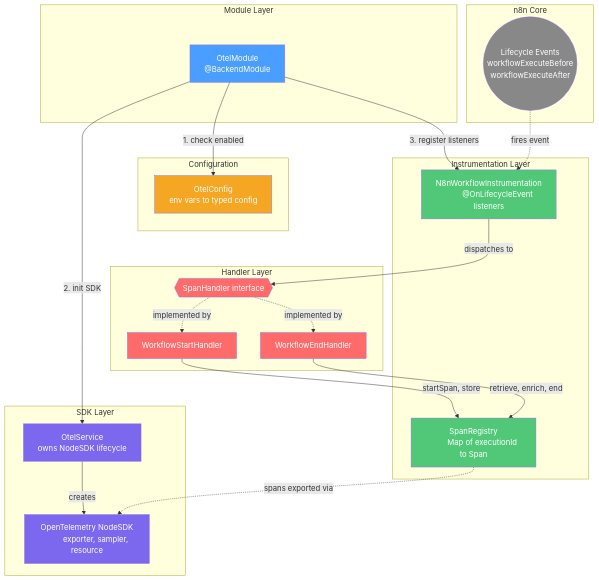
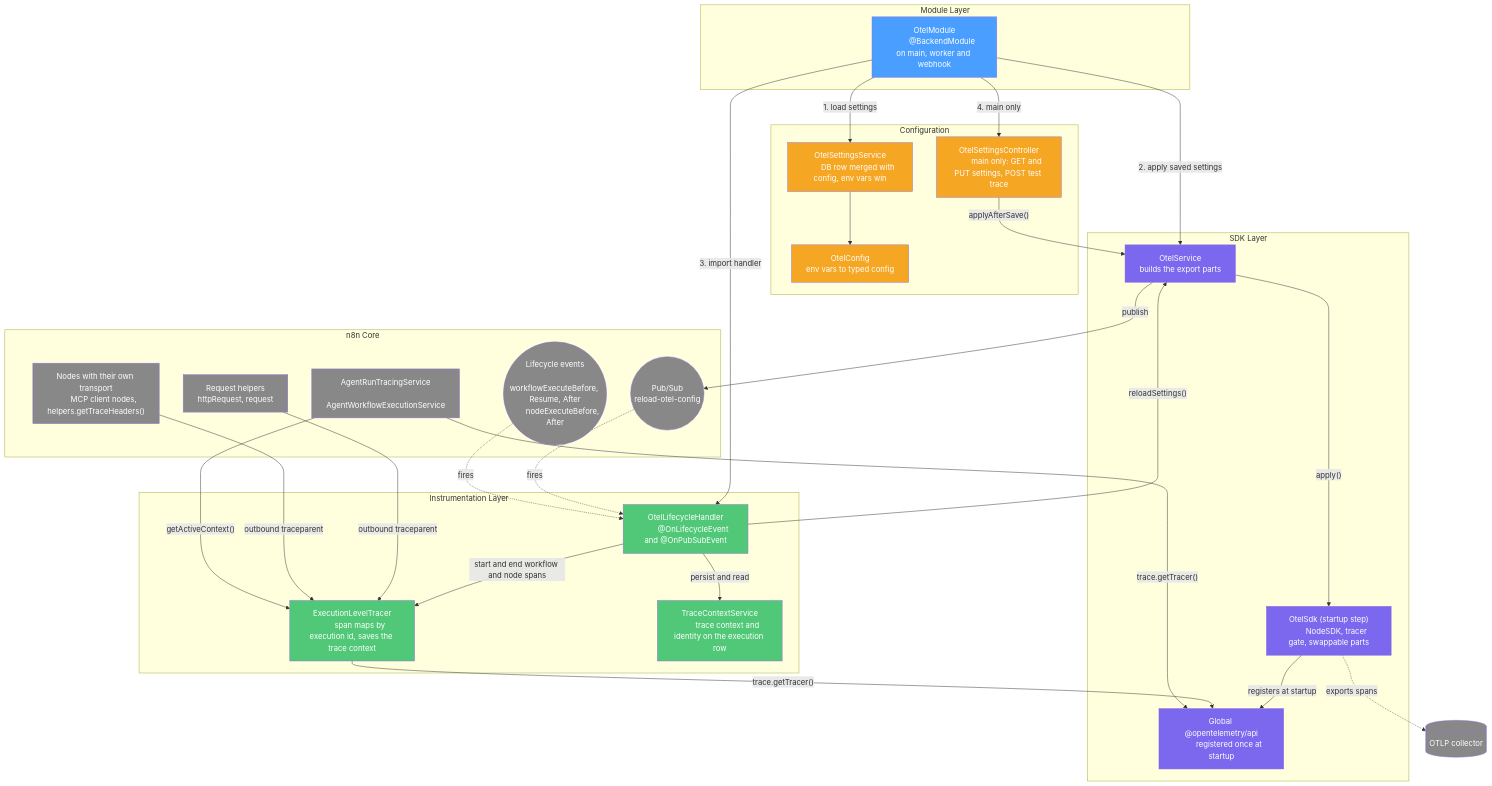
Before and after one commit to koreatest12/studys: the diagram in n8n_integration/n8n_source/packages/cli/src/modules/otel/README.md, drawn with Mermaid. The commit also changed other lines of this file and 23019 other files, not shown here.

````diff
--- a/n8n_integration/n8n_source/packages/cli/src/modules/otel/README.md
+++ b/n8n_integration/n8n_source/packages/cli/src/modules/otel/README.md
@@ -16,66 +240,84 @@
 ```mermaid
- graph TD
-      subgraph Module Layer
-          MOD["OtelModule
-          @BackendModule"]
-      end
+graph TD
+    subgraph Module Layer
+        MOD["OtelModule
+        @BackendModule on main, worker and webhook"]
+    end
 
-      subgraph Configuration
-          CFG["OtelConfig
-          env vars to typed config"]
-      end
+    subgraph Configuration
+        CFG["OtelConfig
+        env vars to typed config"]
+        SET["OtelSettingsService
+        DB row merged with config, env vars win"]
+        CTRL["OtelSettingsController
+        main only: GET and PUT settings, POST test trace"]
+    end
 
-      subgraph SDK Layer
-          SVC["OtelService
-          owns NodeSDK lifecycle"]
-          SDK["OpenTelemetry NodeSDK
-          exporter, sampler, resource"]
-      end
+    subgraph SDK Layer
+        SVC["OtelService
+        builds the export parts"]
+        SDK["OtelSdk (startup step)
+        NodeSDK, tracer gate, swappable parts"]
+        API["Global @opentelemetry/api
+        registered once at startup"]
+    end
 
-      subgraph Instrumentation Layer
-          INST["N8nWorkflowInstrumentation
-          @OnLifecycleEvent listeners"]
-          REG["SpanRegistry
-          Map of executionId to Span"]
-      end
+    subgraph Instrumentation Layer
+        LCH["OtelLifecycleHandler
+        @OnLifecycleEvent and @OnPubSubEvent"]
+        ELT["ExecutionLevelTracer
+        span maps by execution id, saves the trace context"]
+        TCS["TraceContextService
+        trace context and identity on the execution row"]
+    end
 
-      subgraph Handler Layer
-          IFC{{"SpanHandler interface"}}
-          WS["WorkflowStartHandler"]
-          WE["WorkflowEndHandler"]
-      end
+    subgraph n8n Core
+        LC(("Lifecycle events
+        workflowExecuteBefore, Resume, After
+        nodeExecuteBefore, After"))
+        PUB(("Pub/Sub
+        reload-otel-config"))
+        REQ["Request helpers
+        httpRequest, request"]
+        MCP["Nodes with their own transport
+        MCP client nodes, helpers.getTraceHeaders()"]
+        AGT["AgentRunTracingService
+        AgentWorkflowExecutionService"]
+    end
 
-      subgraph n8n Core
-          LC(("Lifecycle Events
-          workflowExecuteBefore
-          workflowExecuteAfter"))
-      end
+    COL[("OTLP collector")]
 
-      MOD -- "1. check enabled" --> CFG
-      MOD -- "2. init SDK" --> SVC
-      SVC -- "creates" --> SDK
-      MOD -- "3. register listeners" --> INST
+    MOD -- "1. load settings" --> SET
+    SET --> CFG
+    MOD -- "2. apply saved settings" --> SVC
+    SVC -- "apply()" --> SDK
+    SDK -- "registers at startup" --> API
+    MOD -- "3. import handler" --> LCH
+    MOD -- "4. main only" --> CTRL
+    CTRL -- "applyAfterSave()" --> SVC
+    SVC -- "publish" --> PUB
+    PUB -. "fires" .-> LCH
+    LCH -- "reloadSettings()" --> SVC
 
-      LC -. "fires event" .-> INST
-      INST -- "dispatches to" --> IFC
-      IFC -. "implemented by" .-> WS
-      IFC -. "implemented by" .-> WE
+    LC -. "fires" .-> LCH
+    LCH -- "start and end workflow and node spans" --> ELT
+    LCH -- "persist and read" --> TCS
+    ELT -- "trace.getTracer()" --> API
+    REQ -- "outbound traceparent" --> ELT
+    MCP -- "outbound traceparent" --> ELT
+    AGT -- "getActiveContext()" --> ELT
+    AGT -- "trace.getTracer()" --> API
+    SDK -. "exports spans" .-> COL
 
-      WS -- "startSpan, store" --> REG
-      WE -- "retrieve, enrich, end" --> REG
-      REG -. "spans exported via" .-> SDK
+    classDef module fill:#4a9eff,color:#fff
+    classDef config fill:#f5a623,color:#fff
+    classDef sdk fill:#7b68ee,color:#fff
+    classDef inst fill:#50c878,color:#fff
+    classDef core fill:#888,color:#fff
 
-      classDef module fill:#4a9eff,color:#fff
-      classDef config fill:#f5a623,color:#fff
-      classDef sdk fill:#7b68ee,color:#fff
-      classDef inst fill:#50c878,color:#fff
-      classDef handler fill:#ff6b6b,color:#fff
-      classDef core fill:#888,color:#fff
-
-      class MOD module
-      class CFG config
-      class SVC,SDK sdk
-      class INST,REG inst
-      class IFC,WS,WE handler
-      class LC core
+    class MOD module
+    class CFG,SET,CTRL config
+    class SVC,SDK,API sdk
+    class LCH,ELT,TCS inst
+    class LC,PUB,REQ,MCP,AGT,COL core
 ```
````
